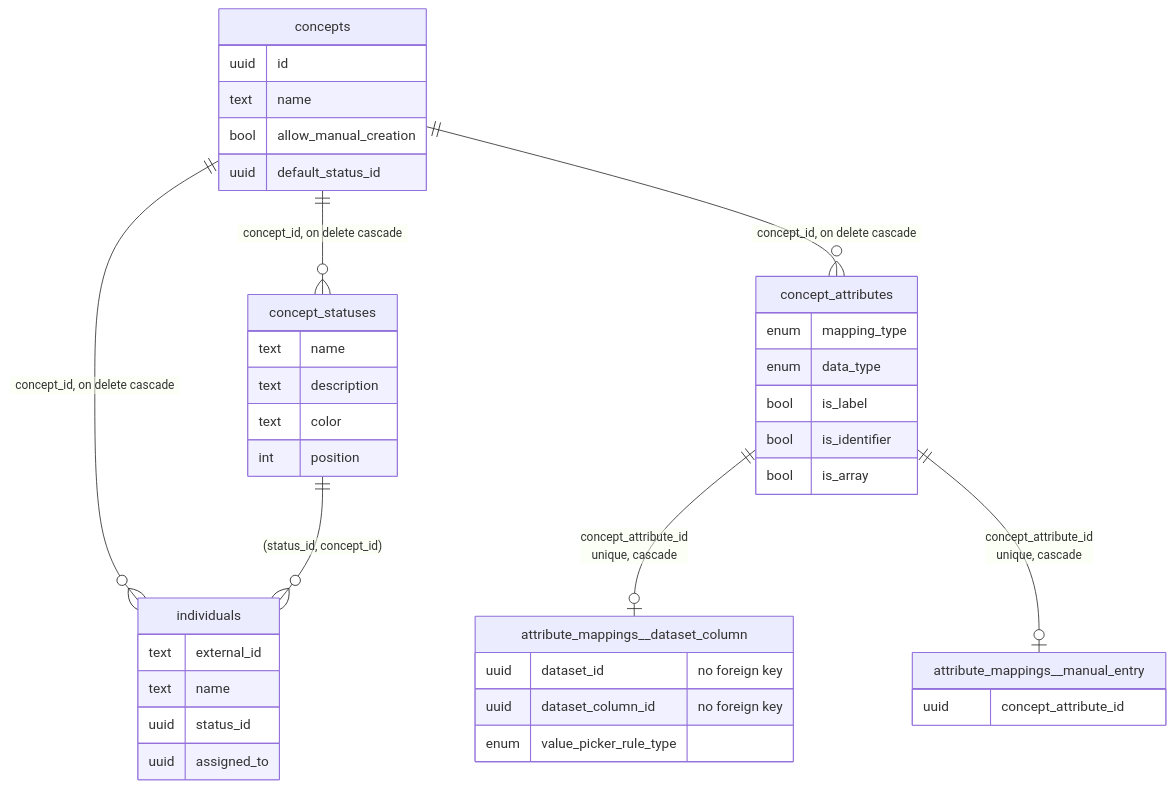
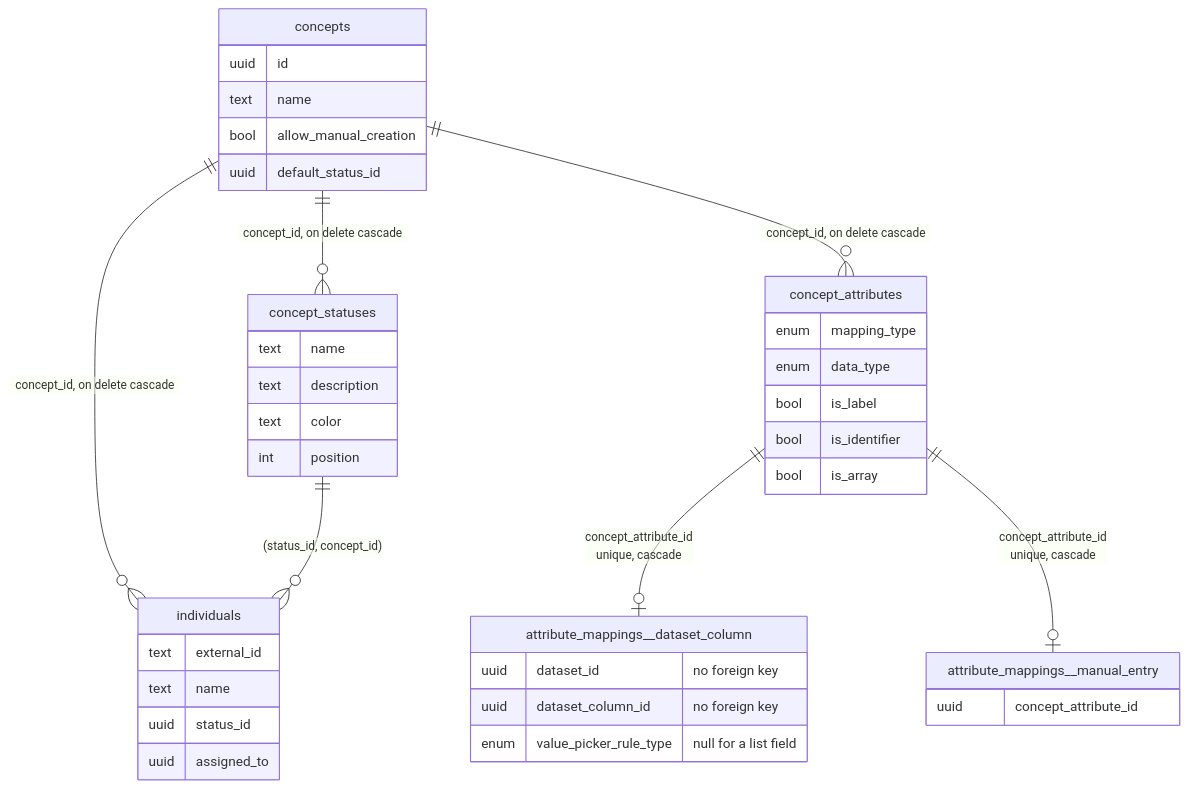
The second of 10 diagrams in docs/ontology-architecture.md (AvandarLabs/avandar), drawn with Mermaid before and after one commit. The commit also changed other lines of this file, not shown here.

Commit message:
docs(joined-cases): describe list fields in the ontology architecture

````diff
--- a/docs/ontology-architecture.md
+++ b/docs/ontology-architecture.md
@@ -135,42 +135,42 @@
 ```mermaid
 erDiagram
   concepts ||--o{ concept_statuses : "concept_id, on delete cascade"
   concepts ||--o{ concept_attributes : "concept_id, on delete cascade"
   concepts ||--o{ individuals : "concept_id, on delete cascade"
   concept_statuses ||--o{ individuals : "(status_id, concept_id)"
   concept_attributes ||--o| attribute_mappings__dataset_column : "concept_attribute_id<br/>unique, cascade"
   concept_attributes ||--o| attribute_mappings__manual_entry : "concept_attribute_id<br/>unique, cascade"
   concepts {
     uuid id
     text name
     bool allow_manual_creation
     uuid default_status_id
   }
   concept_statuses {
     text name
     text description
     text color
     int position
   }
   concept_attributes {
     enum mapping_type
     enum data_type
     bool is_label
     bool is_identifier
     bool is_array
   }
   individuals {
     text external_id
     text name
     uuid status_id
     uuid assigned_to
   }
   attribute_mappings__dataset_column {
     uuid dataset_id "no foreign key"
     uuid dataset_column_id "no foreign key"
-    enum value_picker_rule_type
+    enum value_picker_rule_type "null for a list field"
   }
   attribute_mappings__manual_entry {
     uuid concept_attribute_id
   }
 ```
````
